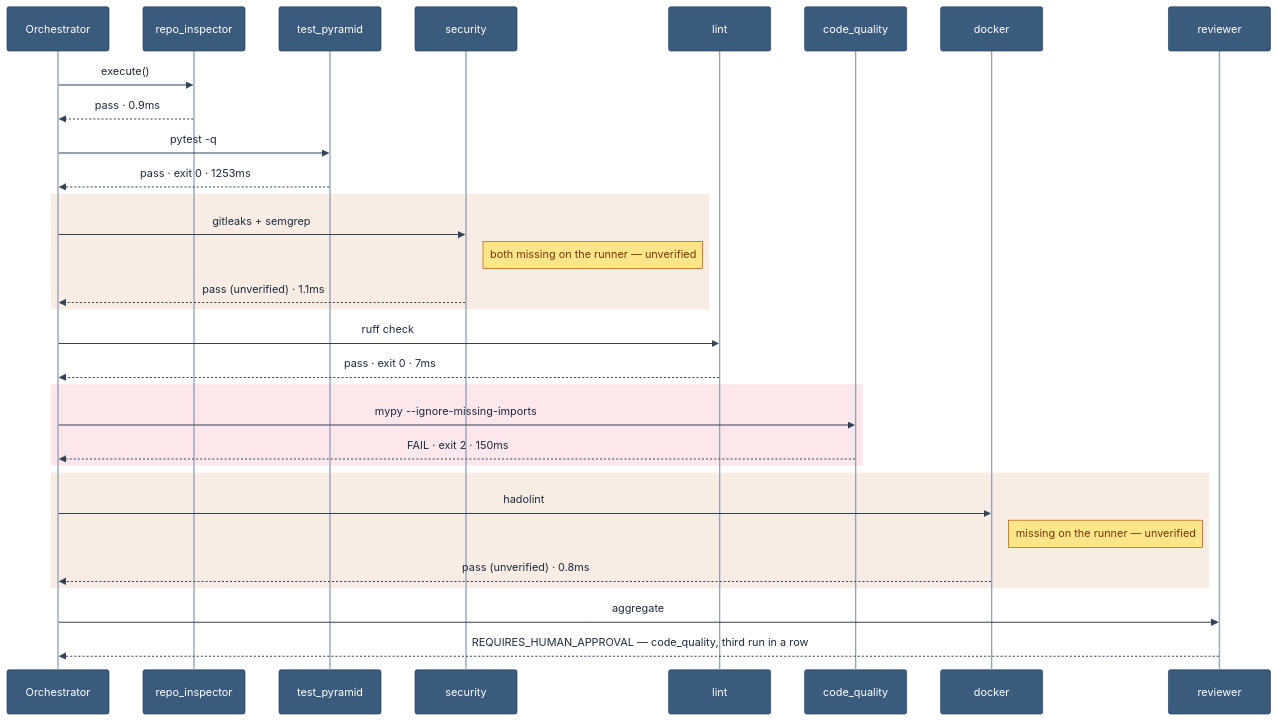
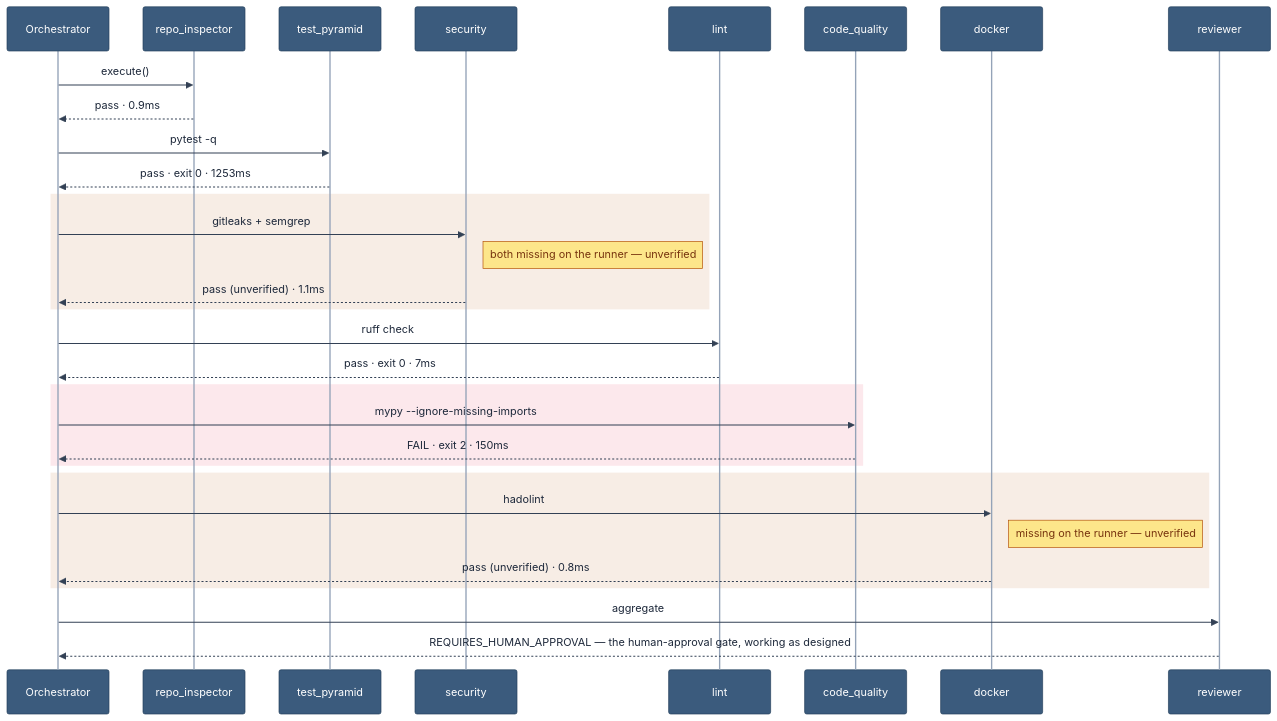
Before and after one commit to lorenzogirardi/agentic-sdlc: the fifth of 5 diagrams in docs/demo/tricorn-run-provider-switch.md, drawn with Mermaid. The commit also changed other lines of this file, not shown here.

Commit message:
docs: reframe Tricorn run doc as capability demo, not incident report

````diff
--- a/docs/demo/tricorn-run-provider-switch.md
+++ b/docs/demo/tricorn-run-provider-switch.md
@@ -185,35 +166,35 @@
 ```mermaid
 %%{init: {'theme':'base', 'themeVariables': {'primaryColor':'#ff6b35','primaryBorderColor':'#c9451f','primaryTextColor':'#ffffff','actorBkg':'#3b5b7d','actorBorder':'#24405c','actorTextColor':'#ffffff','actorLineColor':'#94a3b8','signalColor':'#334155','signalTextColor':'#1e293b','labelBoxBkgColor':'#ff6b35','labelBoxBorderColor':'#c9451f','labelTextColor':'#ffffff','loopTextColor':'#334155','noteBkgColor':'#fde68a','noteBorderColor':'#b45309','noteTextColor':'#78350f','activationBorderColor':'#c9451f','activationBkgColor':'#ffd9c2','sequenceNumberColor':'#ffffff'}}}%%
 sequenceDiagram
     participant O as Orchestrator
     participant RI as repo_inspector
     participant TP as test_pyramid
     participant SEC as security
     participant LI as lint
     participant CQ as code_quality
     participant DK as docker
     participant REV as reviewer
 
     O->>RI: execute()
     RI-->>O: pass · 0.9ms
     O->>TP: pytest -q
     TP-->>O: pass · exit 0 · 1253ms
     rect rgba(180,83,9,0.10)
     O->>SEC: gitleaks + semgrep
     Note right of SEC: both missing on the runner — unverified
     SEC-->>O: pass (unverified) · 1.1ms
     end
     O->>LI: ruff check
     LI-->>O: pass · exit 0 · 7ms
     rect rgba(225,29,72,0.10)
     O->>CQ: mypy --ignore-missing-imports
     CQ-->>O: FAIL · exit 2 · 150ms
     end
     rect rgba(180,83,9,0.10)
     O->>DK: hadolint
     Note right of DK: missing on the runner — unverified
     DK-->>O: pass (unverified) · 0.8ms
     end
     O->>REV: aggregate
-    REV-->>O: REQUIRES_HUMAN_APPROVAL — code_quality, third run in a row
+    REV-->>O: REQUIRES_HUMAN_APPROVAL — the human-approval gate, working as designed
 ```
````
